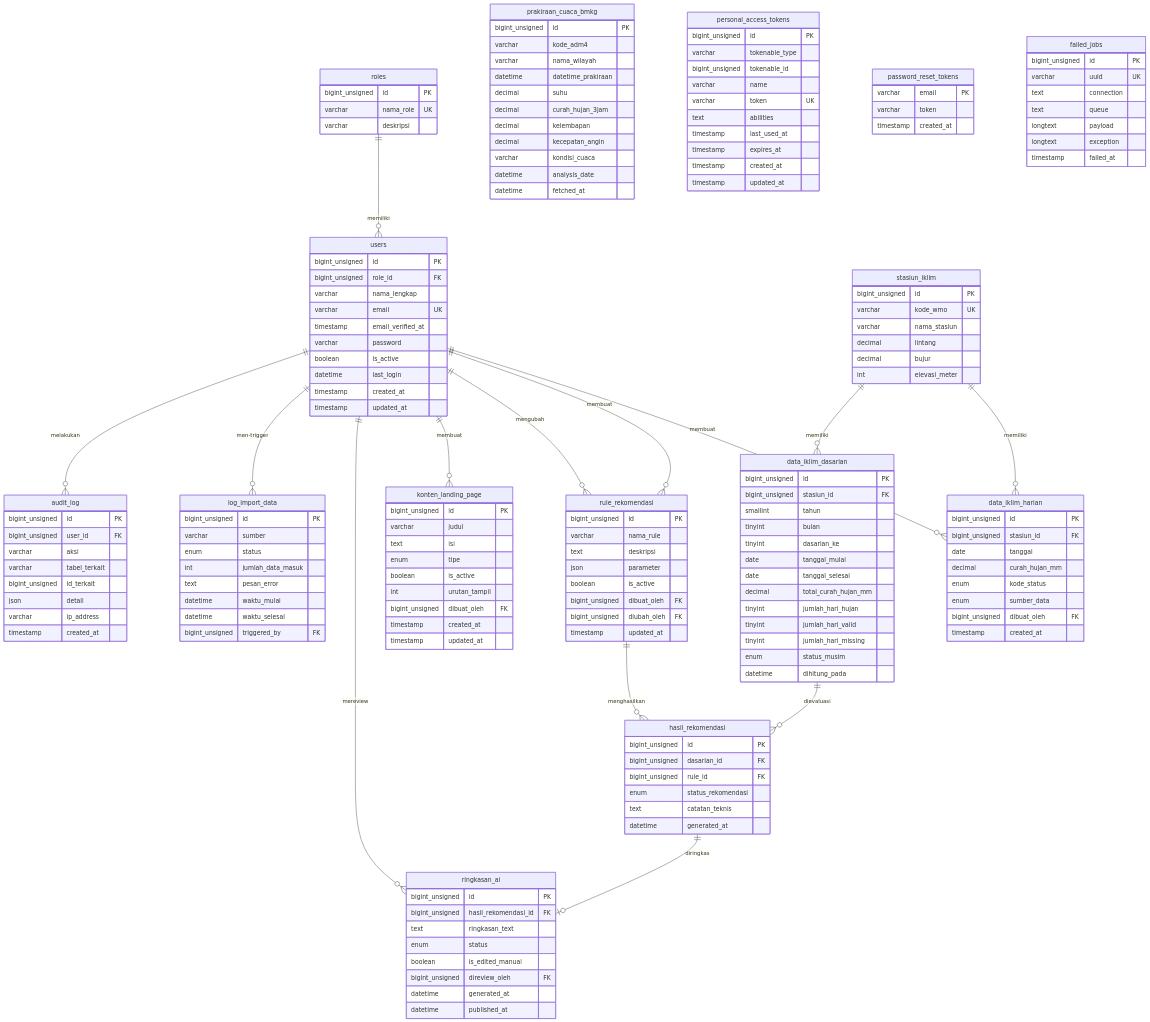
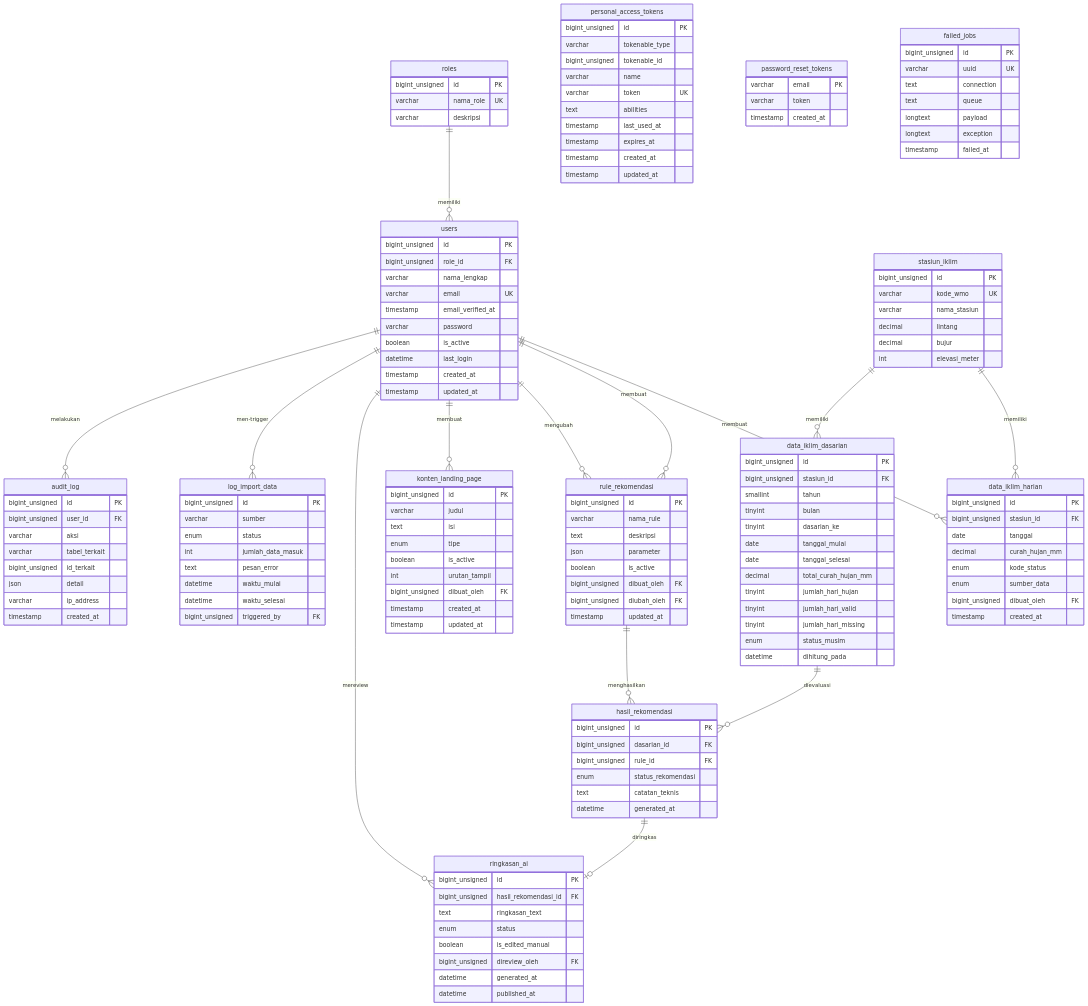
Before and after one commit to ulumbader/PKL_BMKG_UINMA_2026: the diagram in DB_DOCUMENTATION.md, drawn with Mermaid. The commit also changed other lines of this file and 17 other files, not shown here.

```diff
--- a/DB_DOCUMENTATION.md
+++ b/DB_DOCUMENTATION.md
@@ -633,20 +596,6 @@
         timestamp updated_at
     }
 
-    prakiraan_cuaca_bmkg {
-        bigint_unsigned id PK
-        varchar kode_adm4
-        varchar nama_wilayah
-        datetime datetime_prakiraan
-        decimal suhu
-        decimal curah_hujan_3jam
-        decimal kelembapan
-        decimal kecepatan_angin
-        varchar kondisi_cuaca
-        datetime analysis_date
-        datetime fetched_at
-    }
-
     log_import_data {
         bigint_unsigned id PK
         varchar sumber
```
